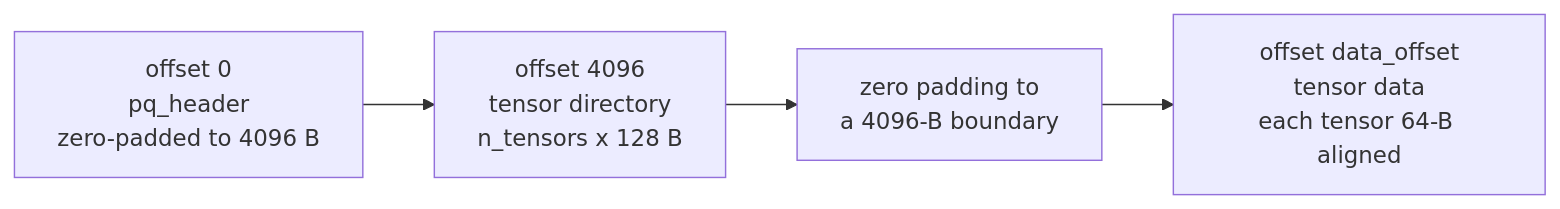
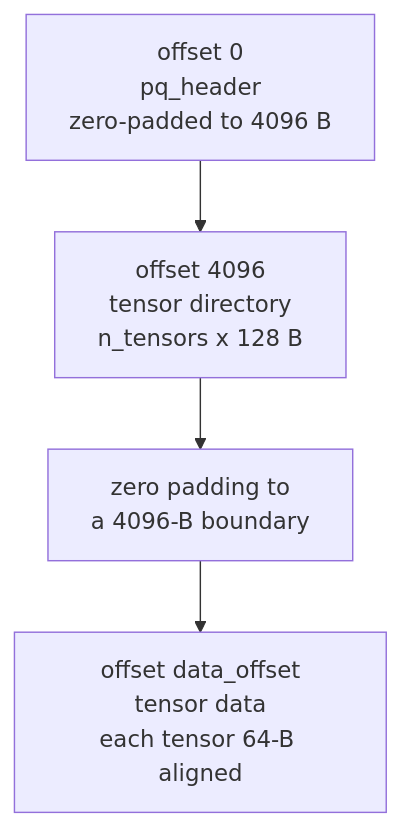
Before and after one commit to Optimizer077/nibblemac: the sixth of 8 diagrams in docs/ARCHITECTURE.md, drawn with Mermaid. The commit also changed other lines of this file, not shown here.

First line of the commit message:
docs(architecture): draw chain diagrams top to bottom so they stay legible on phones

````diff
--- a/docs/ARCHITECTURE.md
+++ b/docs/ARCHITECTURE.md
@@ -189,6 +189,6 @@
 ```mermaid
-flowchart LR
+flowchart TB
     hdr["offset 0<br/>pq_header<br/>zero-padded to 4096 B"] --> dir["offset 4096<br/>tensor directory<br/>n_tensors x 128 B"]
     dir --> pad["zero padding to<br/>a 4096-B boundary"]
     pad --> data["offset data_offset<br/>tensor data<br/>each tensor 64-B aligned"]
 ```
````
